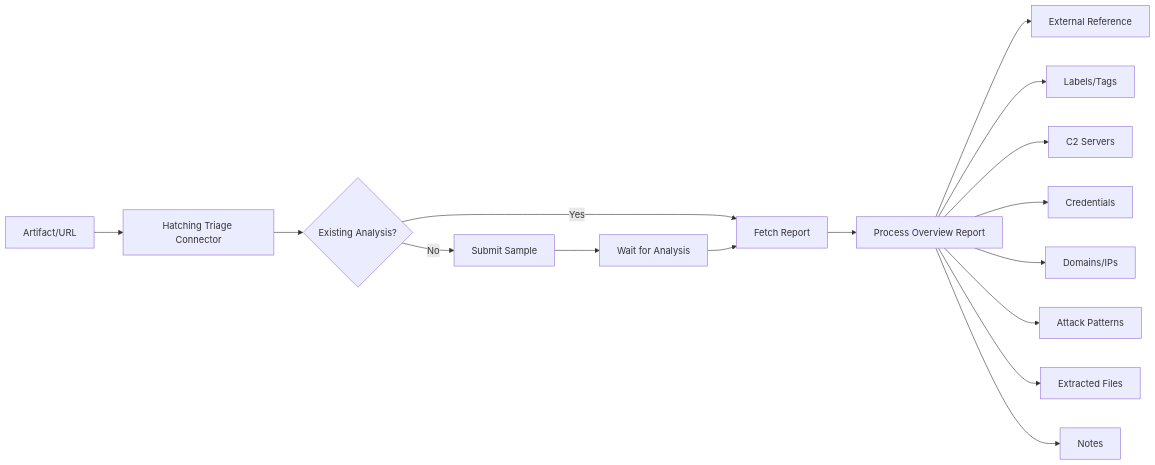
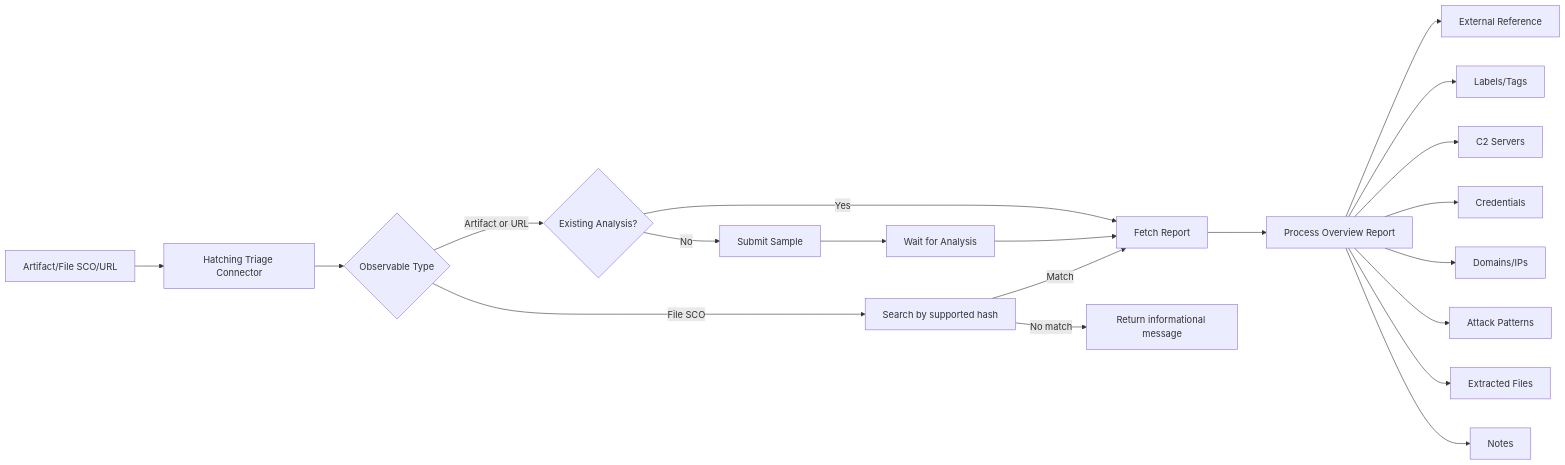
The diagram in internal-enrichment/hatching-triage-sandbox/README.md (OpenCTI-Platform/connectors), drawn with Mermaid before and after one commit. The commit also changed other lines of this file and 11 other files, not shown here.

Commit message:
feat(hatching-triage-sandbox): support enrichment of connector Hatching triage sandbox using SCO's (#7674) (#7675)

````diff
--- a/internal-enrichment/hatching-triage-sandbox/README.md
+++ b/internal-enrichment/hatching-triage-sandbox/README.md
@@ -121,18 +122,22 @@
 ```mermaid
 flowchart LR
-    A[Artifact/URL] --> B[Hatching Triage Connector]
-    B --> C{Existing Analysis?}
-    C -->|Yes| D[Fetch Report]
-    C -->|No| E[Submit Sample]
-    E --> F[Wait for Analysis]
-    F --> D
-    D --> G[Process Overview Report]
+    A[Artifact/File SCO/URL] --> B[Hatching Triage Connector]
+    B --> C{Observable Type}
+    C -->|Artifact or URL| D{Existing Analysis?}
+    D -->|Yes| F[Fetch Report]
+    D -->|No| E[Submit Sample]
+    E --> W[Wait for Analysis]
+    W --> F
+    C -->|File SCO| S[Search by supported hash]
+    S -->|Match| F
+    S -->|No match| X[Return informational message]
+    F --> G[Process Overview Report]
     G --> H[External Reference]
     G --> I[Labels/Tags]
     G --> J[C2 Servers]
     G --> K[Credentials]
     G --> L[Domains/IPs]
     G --> M[Attack Patterns]
     G --> N[Extracted Files]
     G --> O[Notes]
 ```
````
